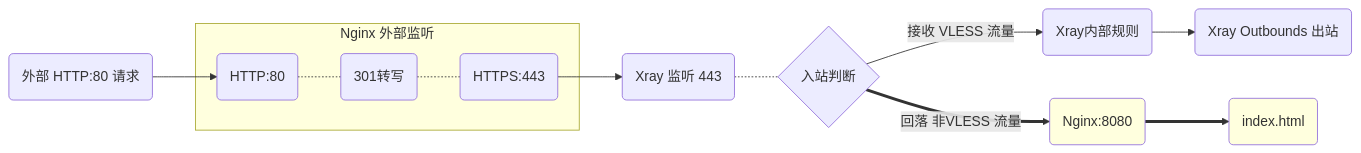
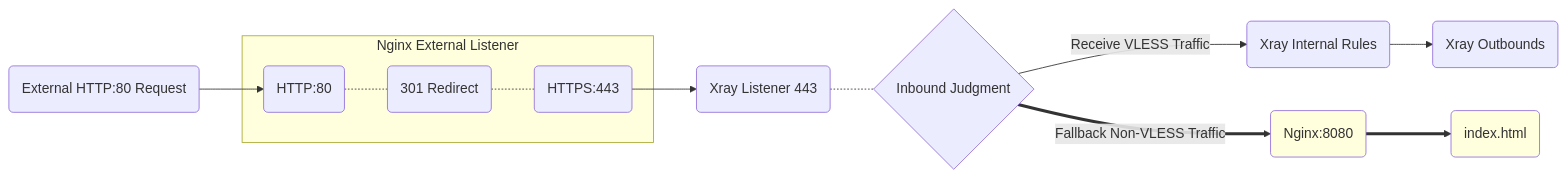
Before and after one commit to XTLS/Xray-docs-next: the first of 3 diagrams in docs/en/document/level-1/fallbacks-lv1.md, drawn with Mermaid. The commit also changed other lines of this file and 90 other files, not shown here.

````diff
--- a/docs/en/document/level-1/fallbacks-lv1.md
+++ b/docs/en/document/level-1/fallbacks-lv1.md
@@ -66,19 +66,19 @@
-   ```mermaid
-   graph LR;
+    ```mermaid
+    graph LR;
 
-   W(外部 HTTP:80 请求) --> N80(HTTP:80)
+    W(External HTTP:80 Request) --> N80(HTTP:80)
 
-   subgraph Nginx 外部监听
-   N80 -.- N301(301转写) -.- N443(HTTPS:443)
-   end
+    subgraph Nginx External Listener
+    N80 -.- N301(301 Redirect) -.- N443(HTTPS:443)
+    end
 
-   N443 --> X(Xray 监听 443) .- X1{入站判断}
-   X1 --> |接收 VLESS 流量| X2(Xray内部规则)
-   X2 --> O(Xray Outbounds 出站)
-   X1 ==> |回落 非VLESS 流量| N8080(Nginx:8080)
-   N8080:::nginxclass ==> H(index.html)
+    N443 --> X(Xray Listener 443) .- X1{Inbound Judgment}
+    X1 --> |Receive VLESS Traffic| X2(Xray Internal Rules)
+    X2 --> O(Xray Outbounds)
+    X1 ==> |Fallback Non-VLESS Traffic| N8080(Nginx:8080)
+    N8080:::nginxclass ==> H(index.html)
 
-   H:::nginxclass
-   classDef nginxclass fill:#FFFFDE
+    H:::nginxclass
+    classDef nginxclass fill:#FFFFDE
 
-   ```
+    ```
````
